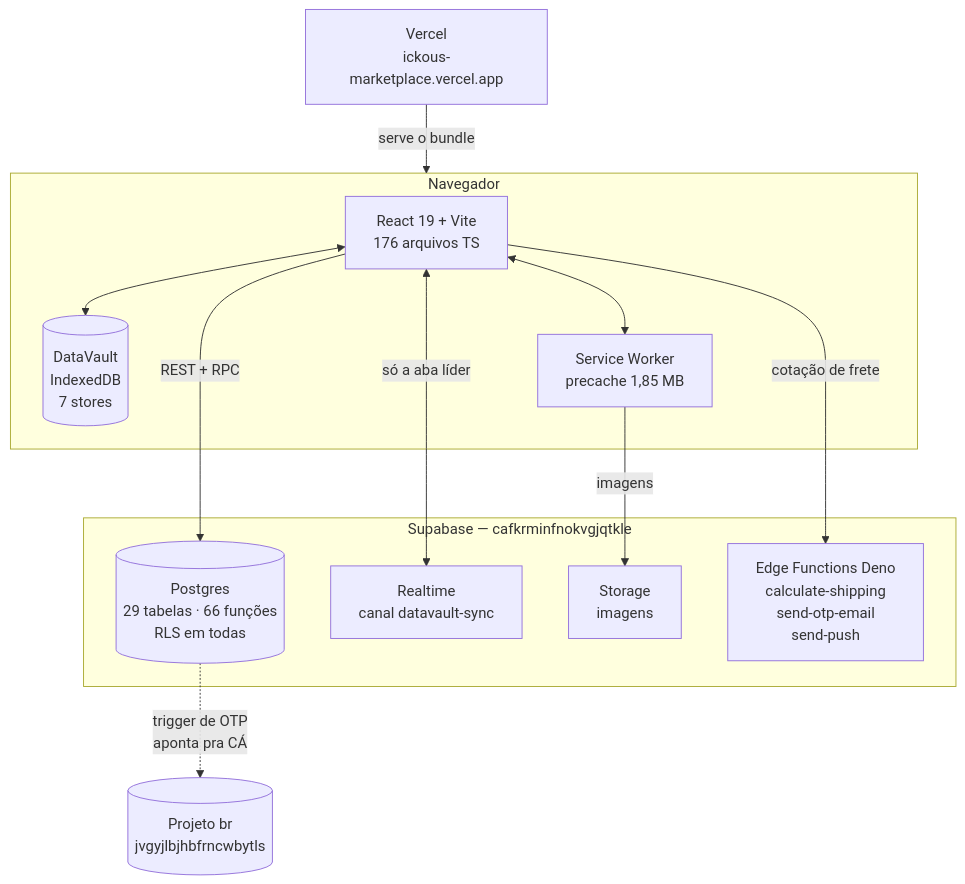
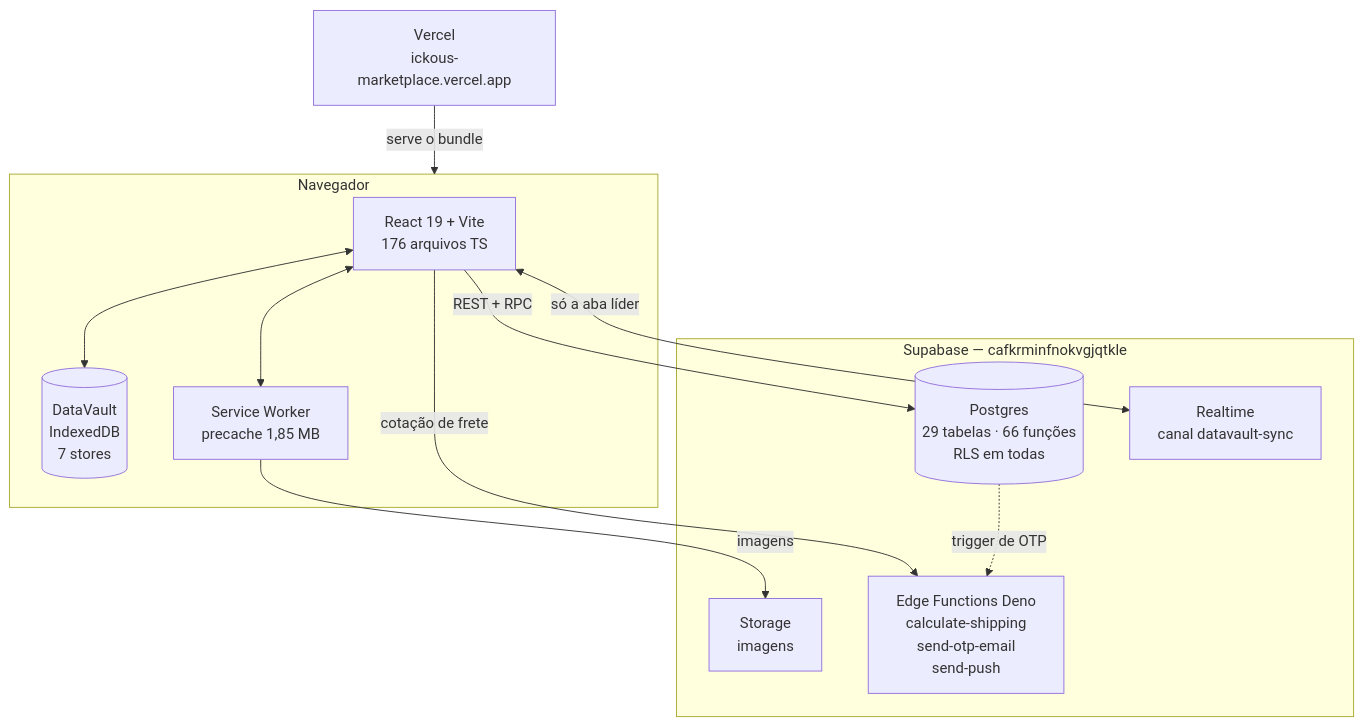
One commit to BielWeed/ikcous-marketplace changed the diagram in docs/onboarding/01-VISAO-GERAL.md. Above: the diagram before and after it, drawn with Mermaid. The commit also changed other lines of this file and 7 other files, not shown here.

````diff
--- a/docs/onboarding/01-VISAO-GERAL.md
+++ b/docs/onboarding/01-VISAO-GERAL.md
@@ -52,26 +52,24 @@
 ```mermaid
 flowchart TB
     subgraph nav["Navegador"]
         R["React 19 + Vite<br/>176 arquivos TS"]
         IDB[("DataVault<br/>IndexedDB<br/>7 stores")]
         SW["Service Worker<br/>precache 1,85 MB"]
         R <--> IDB
         R <--> SW
     end
 
     subgraph sb["Supabase — cafkrminfnokvgjqtkle"]
         PG[("Postgres<br/>29 tabelas · 66 funções<br/>RLS em todas")]
         RT["Realtime<br/>canal datavault-sync"]
         ST["Storage<br/>imagens"]
         EF["Edge Functions Deno<br/>calculate-shipping<br/>send-otp-email<br/>send-push"]
     end
 
-    BR[("Projeto br<br/>jvgyjlbjhbfrncwbytls")]
-
     R -->|"REST + RPC"| PG
     R <-->|"só a aba líder"| RT
     SW -->|"imagens"| ST
     R -->|"cotação de frete"| EF
-    PG -.->|"trigger de OTP<br/>aponta pra CÁ"| BR
+    PG -.->|"trigger de OTP"| EF
     V["Vercel<br/>ickous-marketplace.vercel.app"] -->|"serve o bundle"| nav
 ```
````
